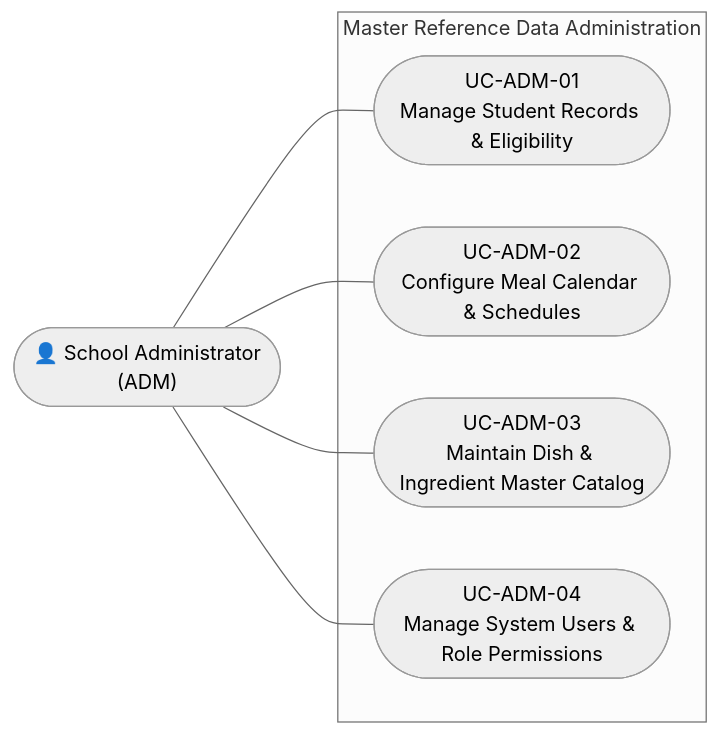
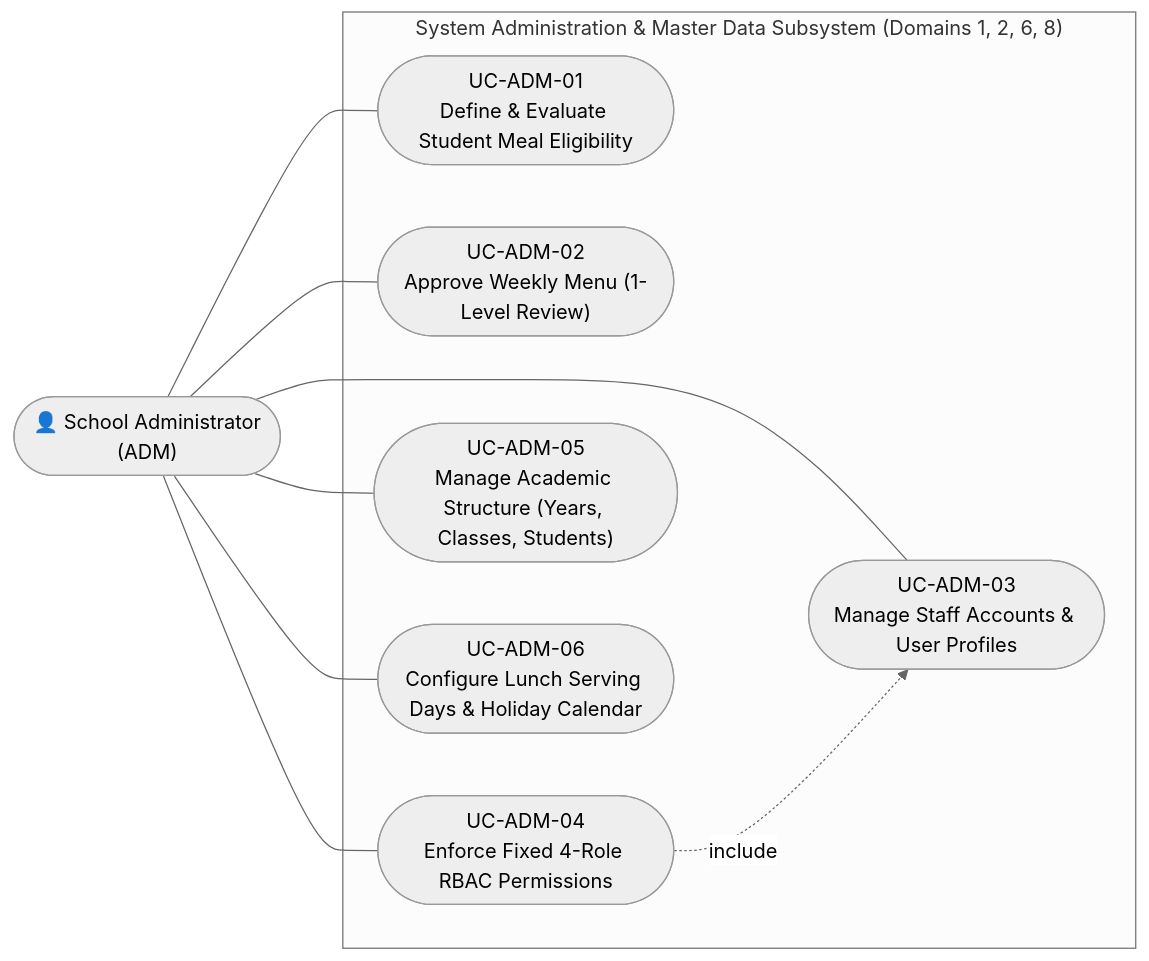
Before and after one commit to Bernie-TruongTQ/PRIMARY_SCHOOL_SEMI-BOARDING_MEAL_MANAGEMENT_SYSTEM: the diagram in docs/03-roles-usecases/usecase-admin.md, drawn with Mermaid (neutral theme). The commit also changed other lines of this file and 12 other files, not shown here.

````diff
--- a/docs/03-roles-usecases/usecase-admin.md
+++ b/docs/03-roles-usecases/usecase-admin.md
@@ -13,16 +13,22 @@
 ```mermaid
 flowchart LR
     ADM(["👤 School Administrator\n(ADM)"])
 
-    subgraph SYSTEM["Master Reference Data Administration"]
-        UC1(["UC-ADM-01\nManage Student Records & Eligibility"])
-        UC2(["UC-ADM-02\nConfigure Meal Calendar & Schedules"])
-        UC3(["UC-ADM-03\nMaintain Dish & Ingredient Master Catalog"])
-        UC4(["UC-ADM-04\nManage System Users & Role Permissions"])
+    subgraph SYSTEM["System Administration & Master Data Subsystem (Domains 1, 2, 6, 8)"]
+        UC1(["UC-ADM-01\nDefine & Evaluate Student Meal Eligibility"])
+        UC2(["UC-ADM-02\nApprove Weekly Menu (1-Level Review)"])
+        UC3(["UC-ADM-03\nManage Staff Accounts & User Profiles"])
+        UC4(["UC-ADM-04\nEnforce Fixed 4-Role RBAC Permissions"])
+        UC5(["UC-ADM-05\nManage Academic Structure (Years, Classes, Students)"])
+        UC6(["UC-ADM-06\nConfigure Lunch Serving Days & Holiday Calendar"])
     end
 
     ADM --- UC1
     ADM --- UC2
     ADM --- UC3
     ADM --- UC4
+    ADM --- UC5
+    ADM --- UC6
+
+    UC4 -.->|include| UC3
 ```
````
